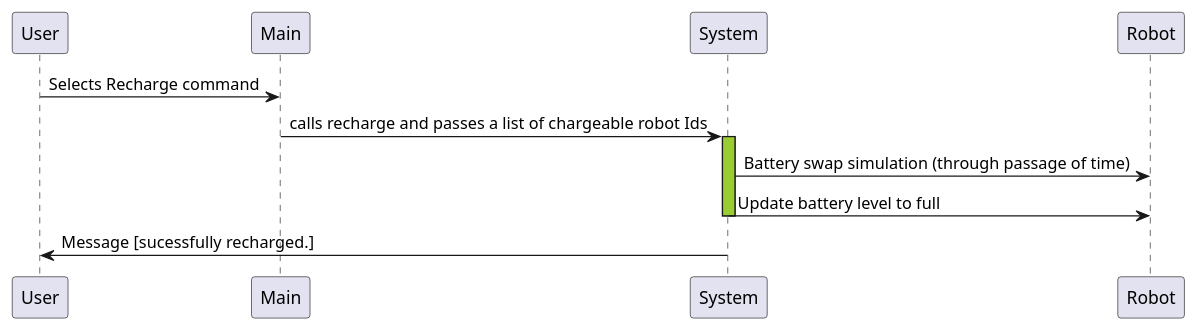
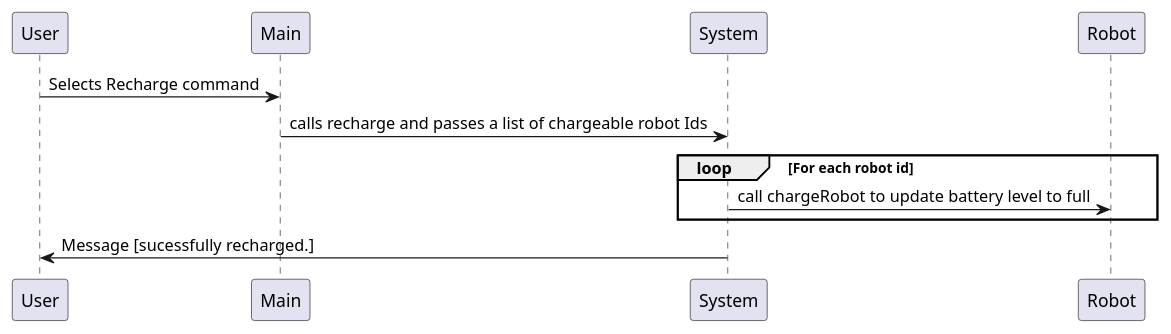
The diagram in docs/design/sequence_diagrams/recharge.puml (arisk02/robot-fleet-management-system), drawn with PlantUML before and after one commit. The commit also changed 1 other file, not shown here.

Commit message:
Updated UML

```diff
--- a/docs/design/sequence_diagrams/recharge.puml
+++ b/docs/design/sequence_diagrams/recharge.puml
@@ -1,11 +1,12 @@
 @startuml
 
 User -> Main: Selects Recharge command
 Main -> System: calls recharge and passes a list of chargeable robot Ids 
-activate System #YellowGreen
-System-> Robot: Battery swap simulation (through passage of time)
-System -> Robot: Update battery level to full
-deactivate
+
+loop For each robot id
+    System -> Robot: call chargeRobot to update battery level to full
+end
+
 System -> User: Message [sucessfully recharged.]
 
 @enduml
```
